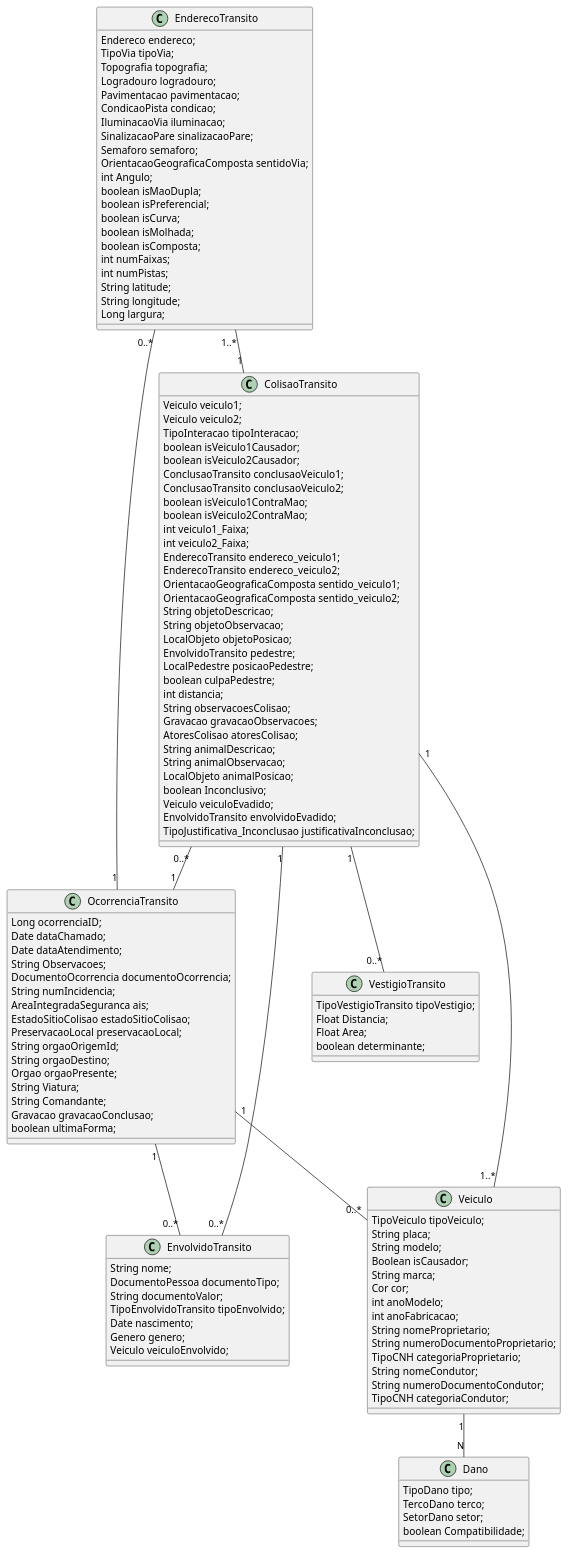
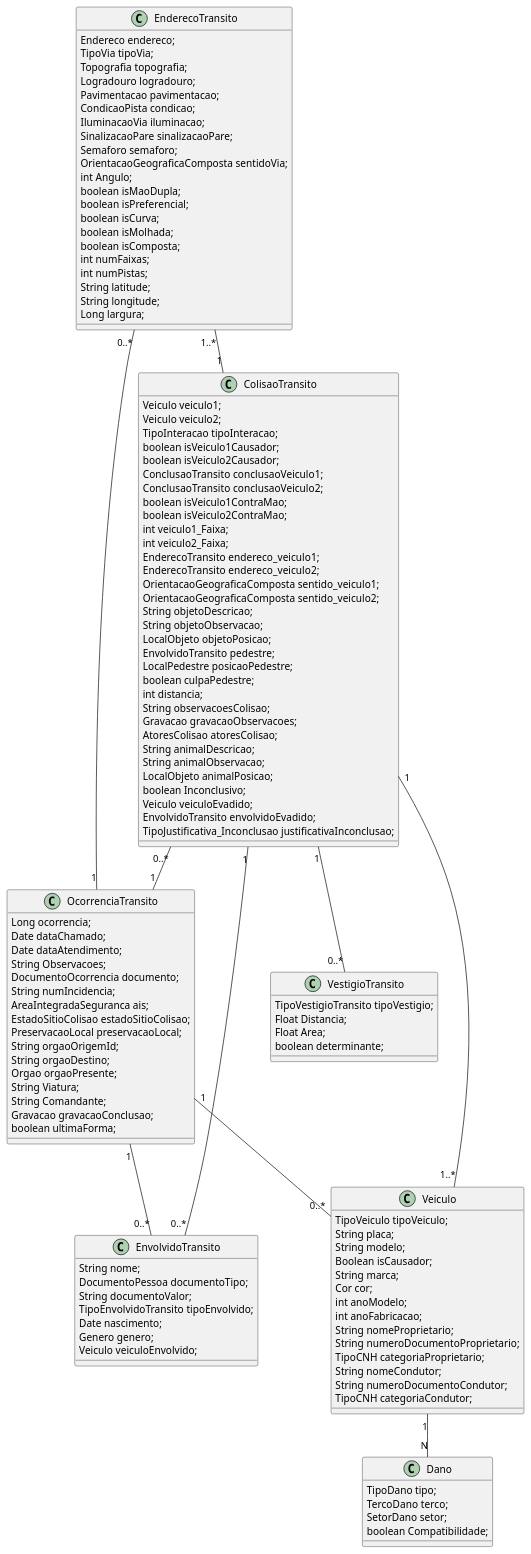
One commit to alemoreirac/galilei changed the diagram in app/src/main/java/UML/UML Transito.puml. Above: the diagram before and after it, drawn with PlantUML. The commit also changed 101 other files, not shown here.

```diff
--- a/app/src/main/java/UML/UML Transito.puml
+++ b/app/src/main/java/UML/UML Transito.puml
@@ -1,132 +1,132 @@
 @startuml
 
 class OcorrenciaTransito{
-          Long ocorrenciaID;
+          Long ocorrencia;
           Date dataChamado;
        Date dataAtendimento;
        String Observacoes;
-       DocumentoOcorrencia documentoOcorrencia;
+       DocumentoOcorrencia documento;
        String numIncidencia;
        AreaIntegradaSeguranca ais;
        EstadoSitioColisao estadoSitioColisao;
        PreservacaoLocal preservacaoLocal;
        String orgaoOrigemId;
        String orgaoDestino;
        Orgao orgaoPresente;
        String Viatura;
        String Comandante;
        Gravacao gravacaoConclusao;
        boolean ultimaForma;
        }
        class EnvolvidoTransito{
            String nome;
            DocumentoPessoa documentoTipo;
            String documentoValor;
            TipoEnvolvidoTransito tipoEnvolvido;
            Date nascimento;
            Genero genero;
            Veiculo veiculoEnvolvido;
        }
     class EnderecoTransito{
     Endereco endereco;
     TipoVia tipoVia;
     Topografia topografia;
     Logradouro logradouro;
     Pavimentacao pavimentacao;
     CondicaoPista condicao;
     IluminacaoVia iluminacao;
     SinalizacaoPare sinalizacaoPare;
     Semaforo semaforo;
     OrientacaoGeograficaComposta sentidoVia;
     int Angulo;
     boolean isMaoDupla;
     boolean isPreferencial;
     boolean isCurva;
     boolean isMolhada;
     boolean isComposta;
     int numFaixas;
     int numPistas;
     String latitude;
     String longitude;
     Long largura;
     }
     class ColisaoTransito{
     Veiculo veiculo1;
     Veiculo veiculo2;
     TipoInteracao tipoInteracao;
     boolean isVeiculo1Causador;
     boolean isVeiculo2Causador;
     ConclusaoTransito conclusaoVeiculo1;
     ConclusaoTransito conclusaoVeiculo2;
     boolean isVeiculo1ContraMao;
     boolean isVeiculo2ContraMao;
     int veiculo1_Faixa;
     int veiculo2_Faixa;
     EnderecoTransito endereco_veiculo1;
     EnderecoTransito endereco_veiculo2;
     OrientacaoGeograficaComposta sentido_veiculo1;
     OrientacaoGeograficaComposta sentido_veiculo2;
     String objetoDescricao;
     String objetoObservacao;
     LocalObjeto objetoPosicao;
     EnvolvidoTransito pedestre;
     LocalPedestre posicaoPedestre;
     boolean culpaPedestre;
     int distancia;
     String observacoesColisao;
     Gravacao gravacaoObservacoes;
     AtoresColisao atoresColisao;
     String animalDescricao;
     String animalObservacao;
     LocalObjeto animalPosicao;
     boolean Inconclusivo;
     Veiculo veiculoEvadido;
     EnvolvidoTransito envolvidoEvadido;
     TipoJustificativa_Inconclusao justificativaInconclusao;
     }
        class VestigioTransito{
         TipoVestigioTransito tipoVestigio;
         Float Distancia;
         Float Area;
         boolean determinante;
        }
 
 class Dano{
 TipoDano tipo;
  TercoDano terco;
   SetorDano setor;
     boolean Compatibilidade;
 }
 
 class Veiculo{
         TipoVeiculo tipoVeiculo;
            String placa;
            String modelo;
            Boolean isCausador;
            String marca;
            Cor cor;
            int anoModelo;
            int anoFabricacao;
            String nomeProprietario;
            String numeroDocumentoProprietario;
            TipoCNH categoriaProprietario;
            String nomeCondutor;
            String numeroDocumentoCondutor;
            TipoCNH categoriaCondutor;
        }
 ColisaoTransito"0..*"-- "1"OcorrenciaTransito
 OcorrenciaTransito "1"-- "0..*" Veiculo
 EnderecoTransito"0..*"-- "1" OcorrenciaTransito
 OcorrenciaTransito  "1"-- "0..*" EnvolvidoTransito
 
 
 ColisaoTransito "1"-- "1..*" Veiculo
 EnderecoTransito"1..*"-- "1" ColisaoTransito
 ColisaoTransito  "1"-- "0..*" VestigioTransito
 ColisaoTransito  "1"-- "0..*" EnvolvidoTransito
 
 Veiculo  "1"-- "N" Dano
 
 
 
 @enduml
```
